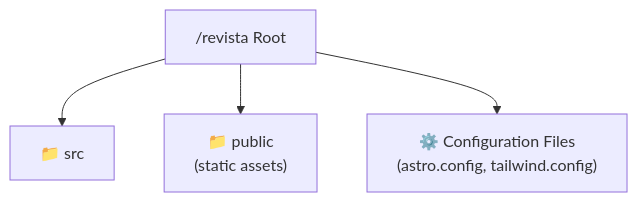
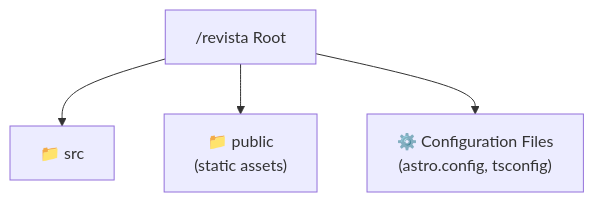
One commit to ba1jun/ba1jun.github.io changed the first of 9 diagrams in README.md. Above: the diagram before and after it, drawn with Mermaid. The commit also changed other lines of this file and 9 other files, not shown here.

````diff
--- a/README.md
+++ b/README.md
@@ -45,6 +45,6 @@
 ```mermaid
 graph TD
     A["/revista" Root] --> B["📁 src"]
     A --> C["📁 public<br>(static assets)"]
-    A --> D["⚙️ Configuration Files<br>(astro.config, tailwind.config)"]
+    A --> D["⚙️ Configuration Files<br>(astro.config, tsconfig)"]
 ```
````
